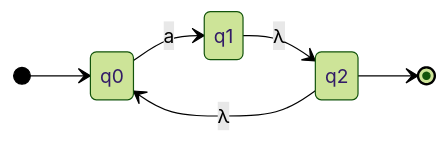
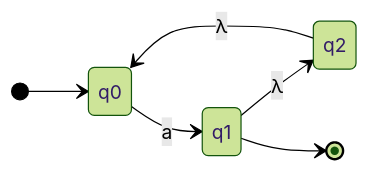
The first of 11 diagrams in iuh/môn/hk1-4/automat/3-4/giai_bai_tap_nfa.md (lelongc/rac), drawn with Mermaid (forest theme) before and after one commit. The commit also changed other lines of this file and 11 other files, not shown here.

````diff
--- a/iuh/môn/hk1-4/automat/3-4/giai_bai_tap_nfa.md
+++ b/iuh/môn/hk1-4/automat/3-4/giai_bai_tap_nfa.md
@@ -13,9 +15,9 @@
 ```mermaid
 stateDiagram-v2
     direction LR
     [*] --> q0
     q0 --> q1: a
     q1 --> q2: λ
     q2 --> q0: λ
-    q2 --> [*]
+    q1 --> [*]
 ```
````
